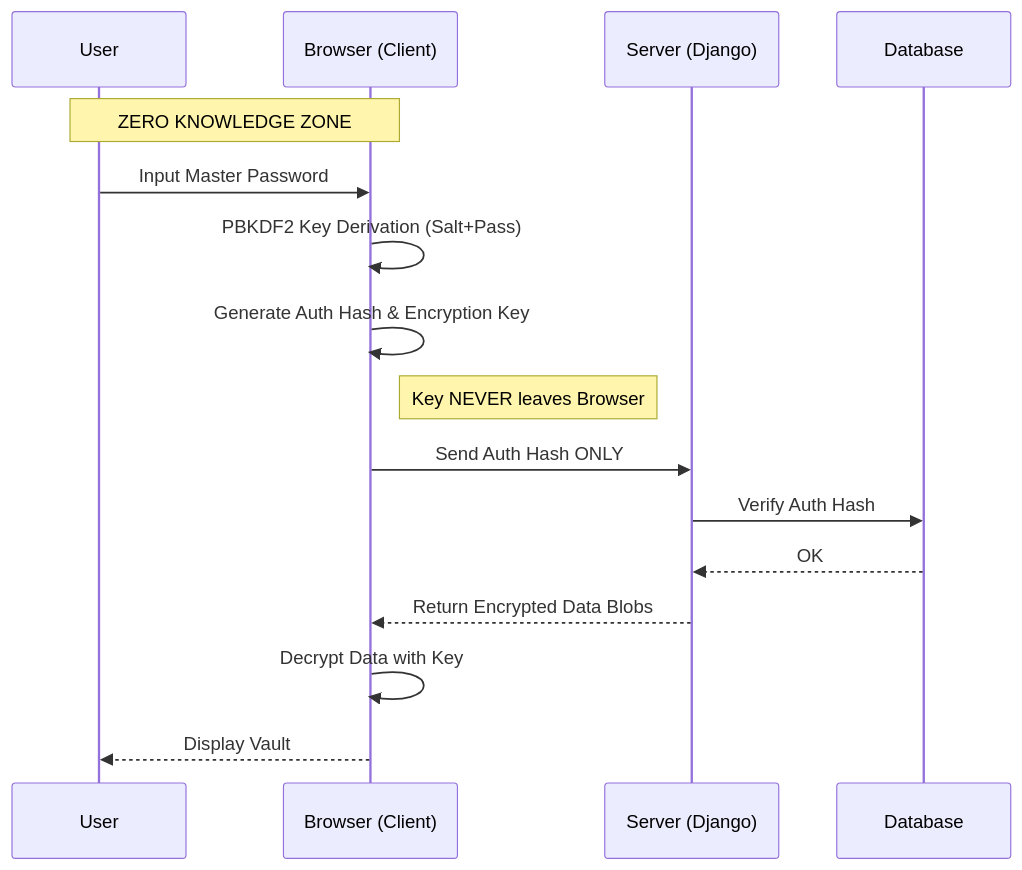
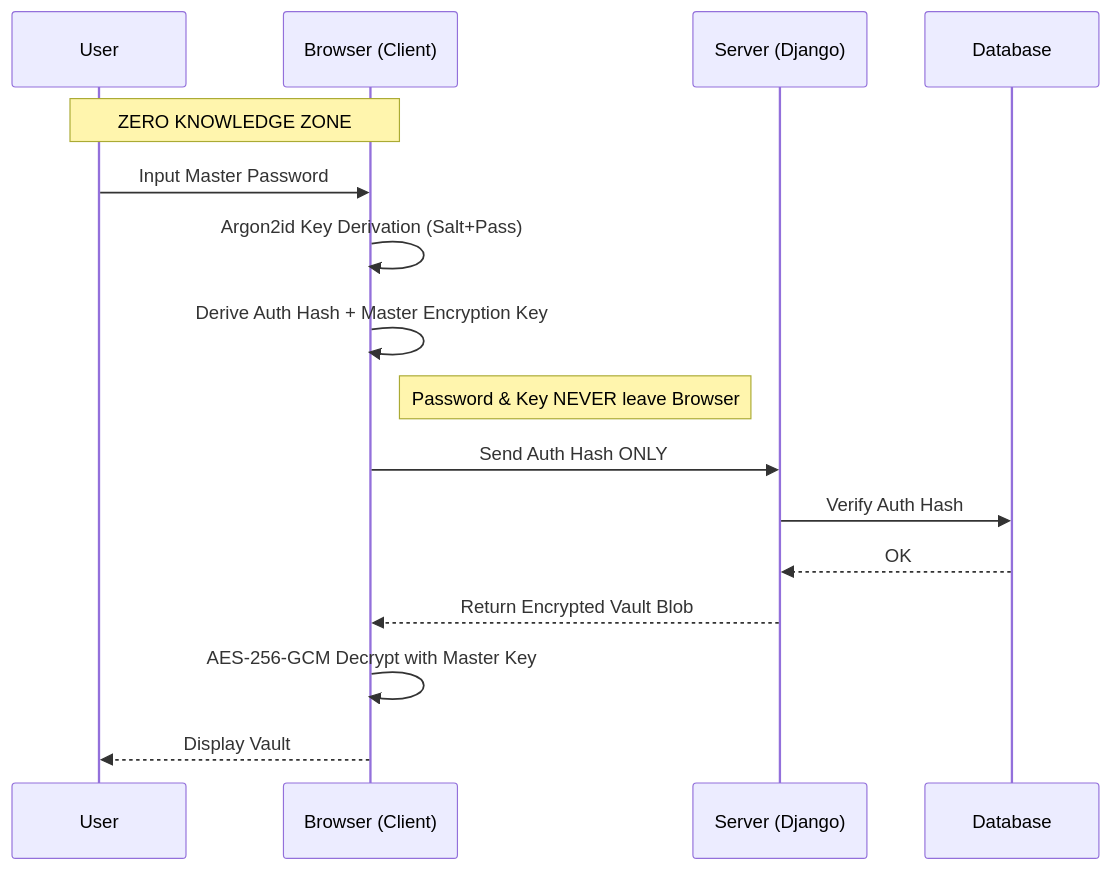
The diagram in README.md (roneet0916/AccountSafe), drawn with Mermaid before and after one commit. The commit also changed other lines of this file and 7 other files, not shown here.

````diff
--- a/README.md
+++ b/README.md
@@ -18,21 +18,21 @@
 ```mermaid
 sequenceDiagram
     participant U as User
     participant B as Browser (Client)
     participant S as Server (Django)
     participant DB as Database
 
     Note over U,B: ZERO KNOWLEDGE ZONE
     U->>B: Input Master Password
-    B->>B: PBKDF2 Key Derivation (Salt+Pass)
-    B->>B: Generate Auth Hash & Encryption Key
+    B->>B: Argon2id Key Derivation (Salt+Pass)
+    B->>B: Derive Auth Hash + Master Encryption Key
 
-    Note right of B: Key NEVER leaves Browser
+    Note right of B: Password & Key NEVER leave Browser
 
     B->>S: Send Auth Hash ONLY
     S->>DB: Verify Auth Hash
     DB-->>S: OK
-    S-->>B: Return Encrypted Data Blobs
-    B->>B: Decrypt Data with Key
+    S-->>B: Return Encrypted Vault Blob
+    B->>B: AES-256-GCM Decrypt with Master Key
     B-->>U: Display Vault
 ```
````
